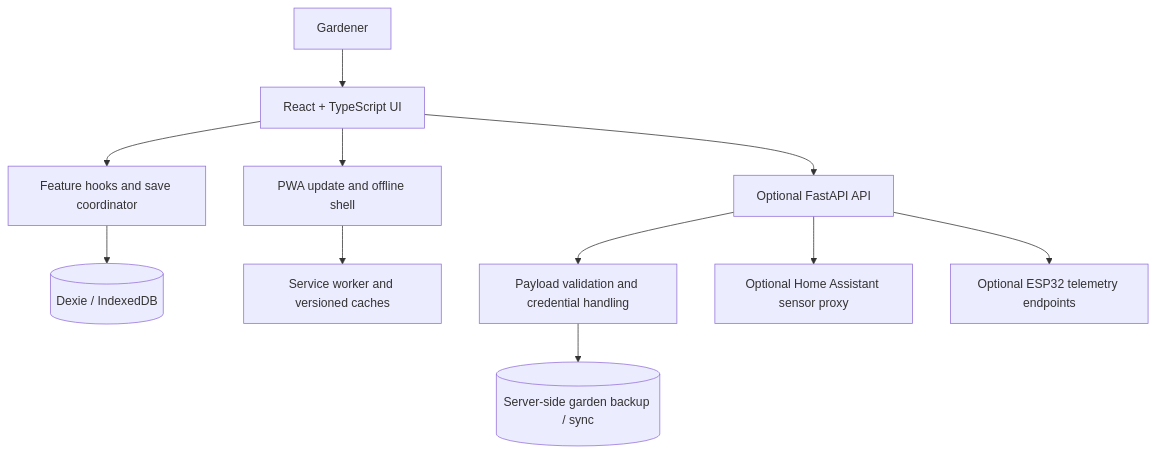
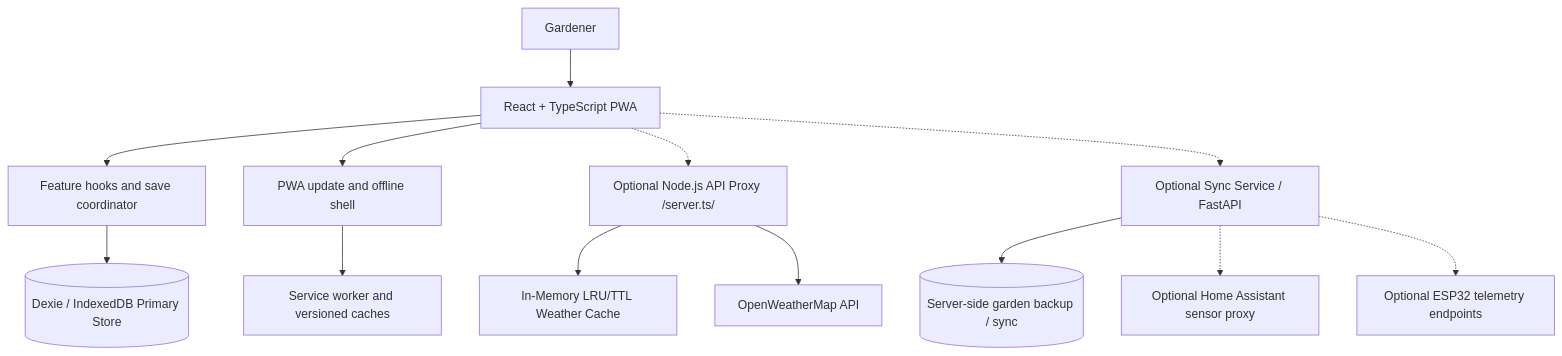
Before and after one commit to Sniffserver/kulv-aiaplaneerija-latest: the first of 2 diagrams in docs/ARCHITECTURE.md, drawn with Mermaid. The commit also changed other lines of this file and 100 other files, not shown here.

````diff
--- a/docs/ARCHITECTURE.md
+++ b/docs/ARCHITECTURE.md
@@ -9,13 +9,15 @@
 ```mermaid
 flowchart TD
-    User[Gardener] --> UI[React + TypeScript UI]
+    User[Gardener] --> UI[React + TypeScript PWA]
     UI --> Hooks[Feature hooks and save coordinator]
-    Hooks --> DB[(Dexie / IndexedDB)]
+    Hooks --> DB[(Dexie / IndexedDB Primary Store)]
     UI --> PWA[PWA update and offline shell]
     PWA --> SW[Service worker and versioned caches]
-    UI --> Optional[Optional FastAPI API]
-    Optional --> Validation[Payload validation and credential handling]
-    Validation --> Sync[(Server-side garden backup / sync)]
-    Optional --> HA[Optional Home Assistant sensor proxy]
-    Optional --> Telemetry[Optional ESP32 telemetry endpoints]
+    UI -.-> NodeProxy[Optional Node.js API Proxy /server.ts/]
+    NodeProxy --> WeatherCache[In-Memory LRU/TTL Weather Cache]
+    NodeProxy --> UpstreamWeather[OpenWeatherMap API]
+    UI -.-> SyncServer[Optional Sync Service / FastAPI]
+    SyncServer --> Sync[(Server-side garden backup / sync)]
+    SyncServer -.-> HA[Optional Home Assistant sensor proxy]
+    SyncServer -.-> Telemetry[Optional ESP32 telemetry endpoints]
 ```
````
